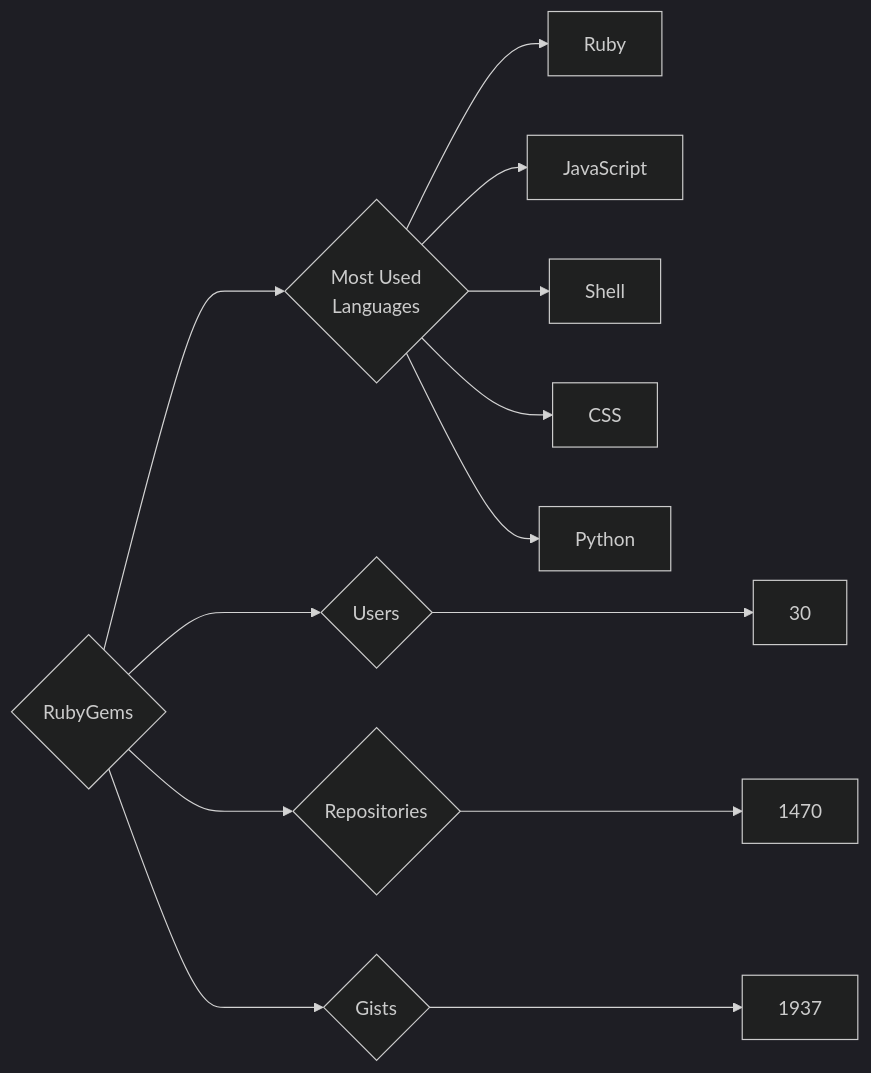
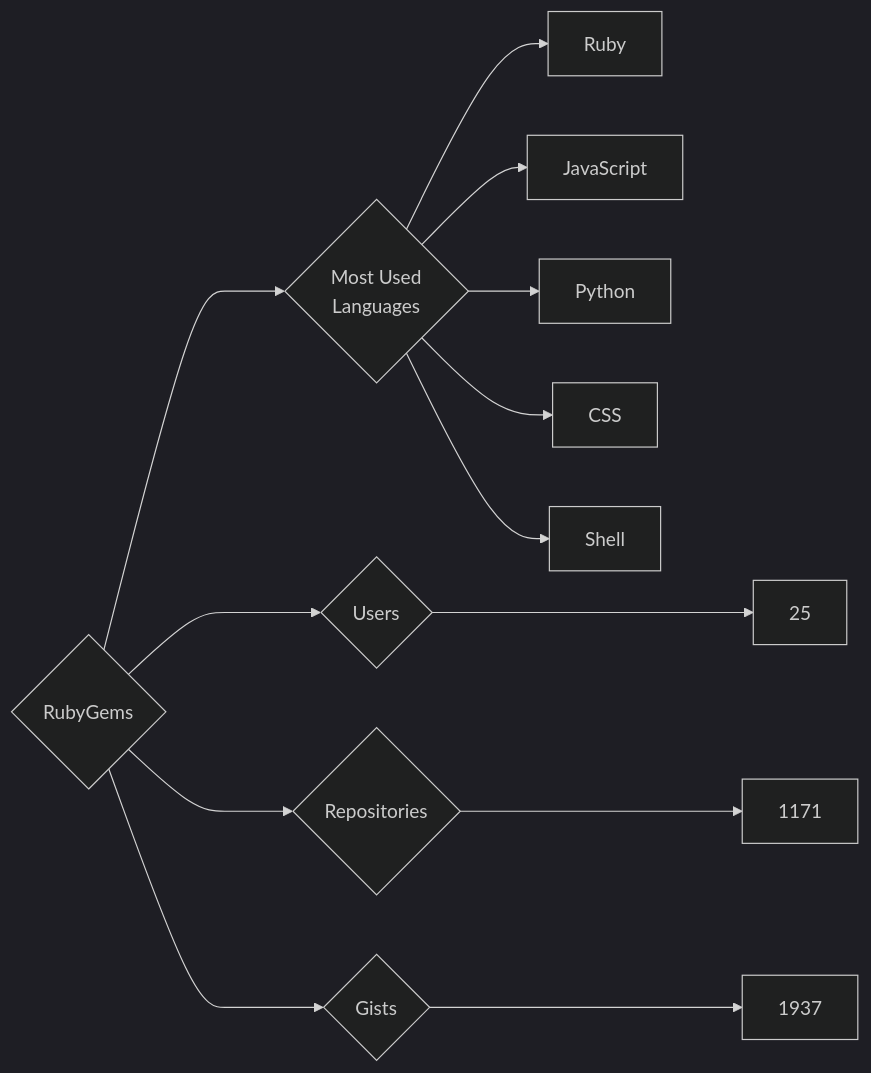
The diagram in targets/RubyGems/README.md (trickest/insiders), drawn with Mermaid (dark theme) before and after one commit. The commit also changed 895 other files, not shown here.

````diff
--- a/targets/RubyGems/README.md
+++ b/targets/RubyGems/README.md
@@ -3,13 +3,13 @@
 ```mermaid
 graph LR
 COMPANY_NAME{RubyGems}
-COMPANY_NAME ---> U{Users} ---> UN[30]
-COMPANY_NAME ---> R{Repositories} ---> RN[1470]
+COMPANY_NAME ---> U{Users} ---> UN[25]
+COMPANY_NAME ---> R{Repositories} ---> RN[1171]
 COMPANY_NAME ---> G{Gists} ---> GN[1937]
 COMPANY_NAME ---> ML{Most Used<br>Languages}
 ML --> Ruby[Ruby]
 ML --> JavaScript[JavaScript]
+ML --> Python[Python]
+ML --> CSS[CSS]
 ML --> Shell[Shell]
-ML --> CSS[CSS]
-ML --> Python[Python]
 ```
````
